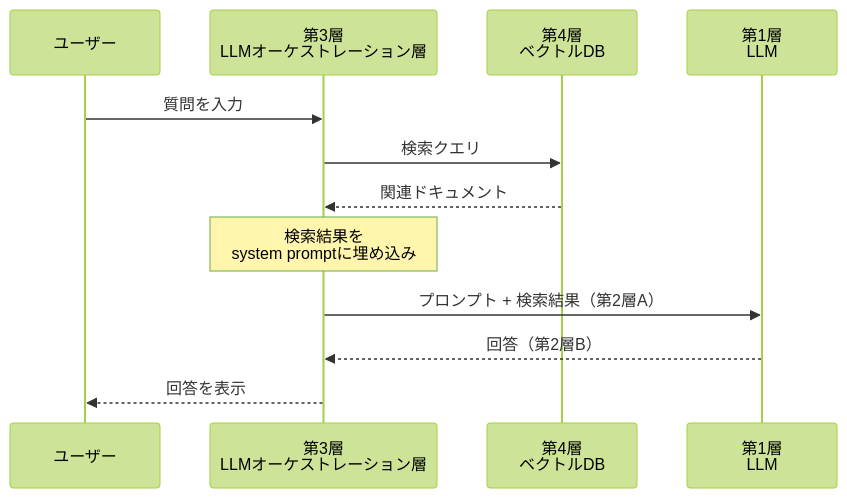
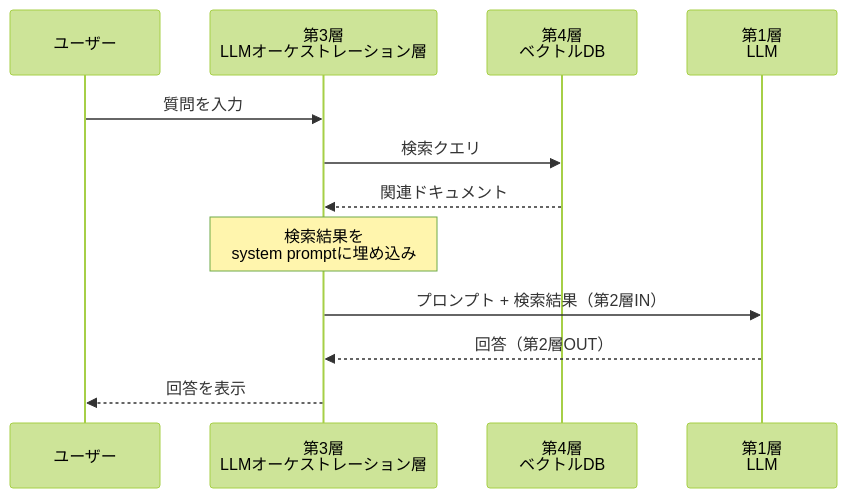
Before and after one commit to fsitlab/zenn: the first of 4 diagrams in books/ai-agent-layered-map/04-0-external-tools.md, drawn with Mermaid (forest theme). The commit also changed other lines of this file and 12 other files, not shown here.

````diff
--- a/books/ai-agent-layered-map/04-0-external-tools.md
+++ b/books/ai-agent-layered-map/04-0-external-tools.md
@@ -134,15 +134,15 @@
 ```mermaid
 sequenceDiagram
     participant User as ユーザー
     participant App as 第3層<br/>LLMオーケストレーション層
     participant VDB as 第4層<br/>ベクトルDB
     participant LLM as 第1層<br/>LLM
 
     User->>App: 質問を入力
     App->>VDB: 検索クエリ
     VDB-->>App: 関連ドキュメント
     Note over App: 検索結果を<br/>system promptに埋め込み
-    App->>LLM: プロンプト + 検索結果（第2層A）
-    LLM-->>App: 回答（第2層B）
+    App->>LLM: プロンプト + 検索結果（第2層IN）
+    LLM-->>App: 回答（第2層OUT）
     App-->>User: 回答を表示
 ```
````
